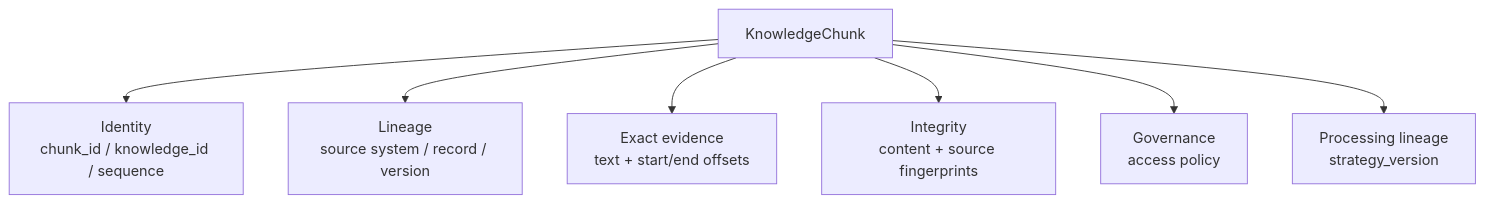
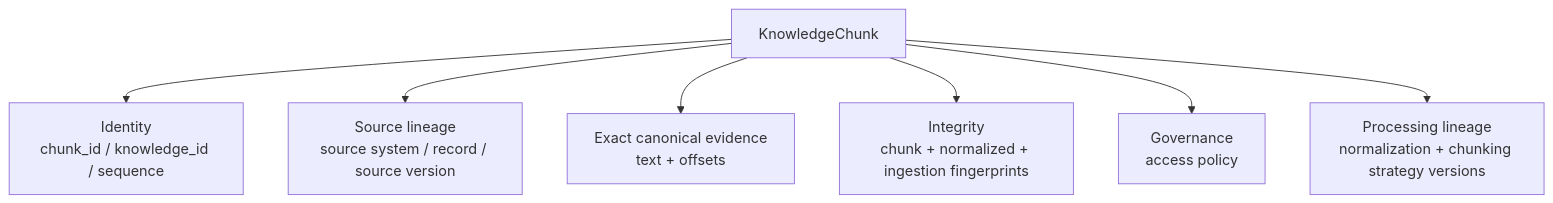
Before and after one commit to kumarchandansingh/tropos: the fifth of 7 diagrams in docs/architecture/KNOWLEDGE_MODEL.md, drawn with Mermaid. The commit also changed other lines of this file and 23 other files, not shown here.

First line of the commit message:
feat: add deterministic normalization and canonical versioning

````diff
--- a/docs/architecture/KNOWLEDGE_MODEL.md
+++ b/docs/architecture/KNOWLEDGE_MODEL.md
@@ -130,10 +161,10 @@
 ```mermaid
 flowchart TB
     KC[KnowledgeChunk]
     KC --> I[Identity<br/>chunk_id / knowledge_id / sequence]
-    KC --> L[Lineage<br/>source system / record / version]
-    KC --> X[Exact evidence<br/>text + start/end offsets]
-    KC --> F[Integrity<br/>content + source fingerprints]
+    KC --> L[Source lineage<br/>source system / record / source version]
+    KC --> X[Exact canonical evidence<br/>text + offsets]
+    KC --> F[Integrity<br/>chunk + normalized + ingestion fingerprints]
     KC --> G[Governance<br/>access policy]
-    KC --> P[Processing lineage<br/>strategy_version]
+    KC --> P[Processing lineage<br/>normalization + chunking strategy versions]
 ```
````
